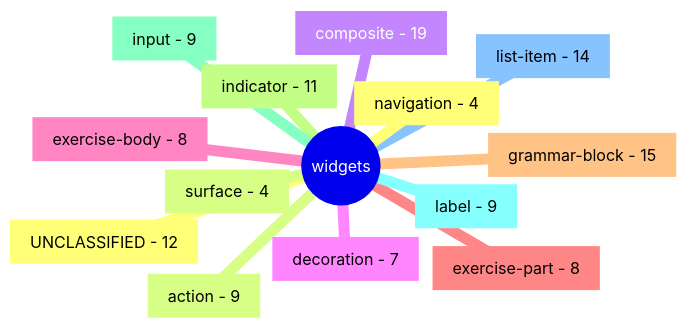
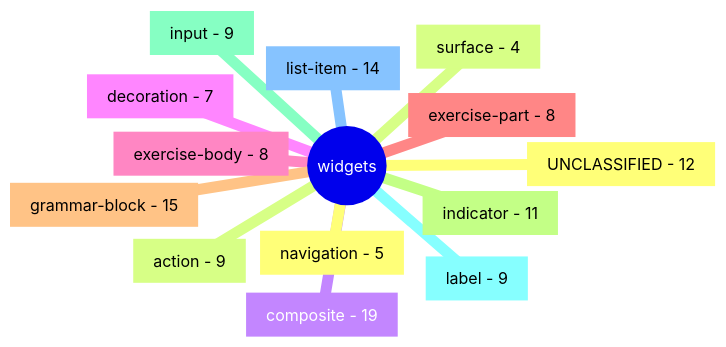
Before and after one commit to mirai-toto/manabi-do: the diagram in docs/08_widget_inventory.md, drawn with Mermaid. The commit also changed other lines of this file and 5 other files, not shown here.

````diff
--- a/docs/08_widget_inventory.md
+++ b/docs/08_widget_inventory.md
@@ -11,17 +11,17 @@
 ```mermaid
 mindmap
   root((widgets))
     UNCLASSIFIED[UNCLASSIFIED - 12]
     action[action - 9]
     composite[composite - 19]
     decoration[decoration - 7]
     exercise_body[exercise-body - 8]
     exercise_part[exercise-part - 8]
     grammar_block[grammar-block - 15]
     indicator[indicator - 11]
     input[input - 9]
     label[label - 9]
     list_item[list-item - 14]
-    navigation[navigation - 4]
+    navigation[navigation - 5]
     surface[surface - 4]
 ```
````
